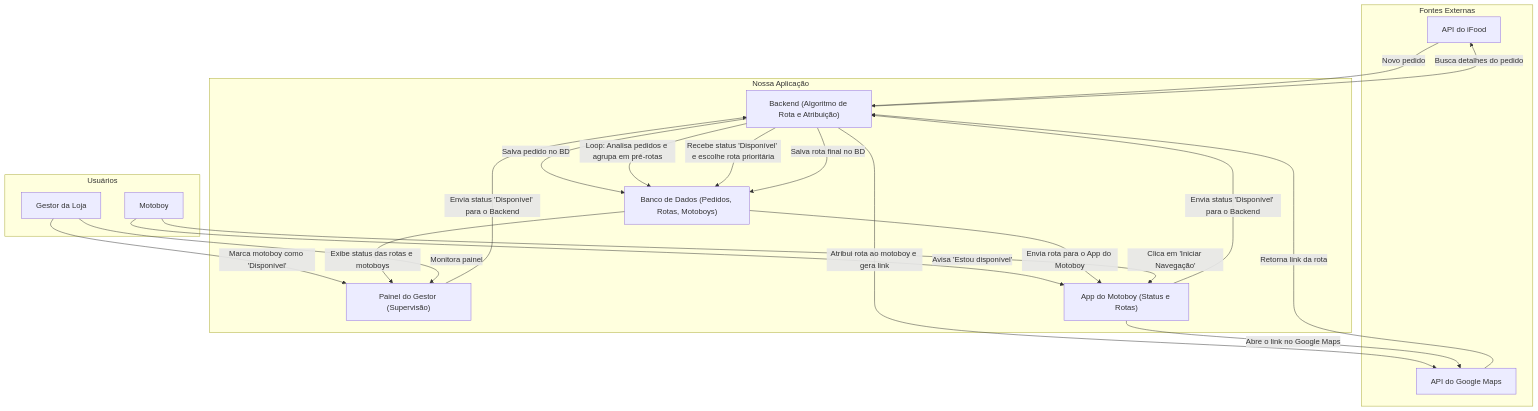
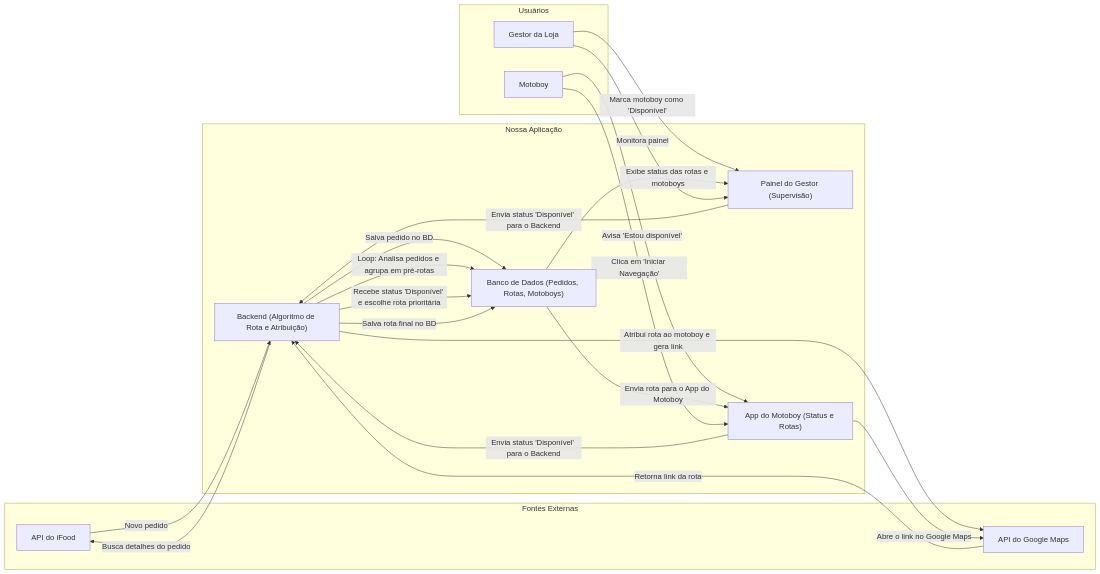
Before and after one commit to IanMouraF/MotoRotas: the diagram in diagrama_arquitetura.md, drawn with Mermaid.

````diff
--- a/diagrama_arquitetura.md
+++ b/diagrama_arquitetura.md
@@ -4,47 +4,34 @@
 ```mermaid
-graph TD
-    subgraph "Fontes Externas"
+flowchart LR
+ subgraph subGraph0["Fontes Externas"]
         iFood_API["API do iFood"]
         Google_Maps_API["API do Google Maps"]
-    end
-
-    subgraph "Nossa Aplicação"
+  end
+ subgraph subGraph1["Nossa Aplicação"]
         Backend["Backend (Algoritmo de Rota e Atribuição)"]
         Database["Banco de Dados (Pedidos, Rotas, Motoboys)"]
         Backoffice["Painel do Gestor (Supervisão)"]
         AppMotoboy["App do Motoboy (Status e Rotas)"]
-    end
-
-    subgraph "Usuários"
+  end
+ subgraph s1["Usuários"]
         Gestor["Gestor da Loja"]
         Motoboy["Motoboy"]
-    end
-
-    %% Fluxo de Pedidos e Agrupamento Automático
-    iFood_API -- "Novo pedido" --> Backend
-    Backend -- "Busca detalhes do pedido" --> iFood_API
-    Backend -- "Salva pedido no BD" --> Database
+  end
+    iFood_API -- Novo pedido --> Backend
+    Backend -- Busca detalhes do pedido --> iFood_API
+    Backend -- Salva pedido no BD --> Database
     Backend -- "Loop: Analisa pedidos e agrupa em pré-rotas" --> Database
-
-    %% Fluxo de Atribuição de Rota (Disparo)
-    Motoboy -- "Avisa 'Estou disponível'" --> AppMotoboy
-    AppMotoboy -- "Envia status 'Disponível' para o Backend" --> Backend
-    
-    Gestor -- "Marca motoboy como 'Disponível'" --> Backoffice
-    Backoffice -- "Envia status 'Disponível' para o Backend" --> Backend
-
-    %% Lógica de Atribuição
-    Backend -- "Recebe status 'Disponível' e escolhe rota prioritária" --> Database
-    Backend -- "Atribui rota ao motoboy e gera link" --> Google_Maps_API
-    Google_Maps_API -- "Retorna link da rota" --> Backend
-    Backend -- "Salva rota final no BD" --> Database
-    
-    %% Fluxo do Motoboy com a Rota
-    Database -- "Envia rota para o App do Motoboy" --> AppMotoboy
-    Motoboy -- "Clica em 'Iniciar Navegação'" --> AppMotoboy
-    AppMotoboy -- "Abre o link no Google Maps" --> Google_Maps_API
-
-    %% Fluxo de Supervisão
-    Database -- "Exibe status das rotas e motoboys" --> Backoffice
-    Gestor -- "Monitora painel" --> Backoffice
+    Motoboy -- Avisa 'Estou disponível' --> AppMotoboy
+    AppMotoboy -- Envia status 'Disponível' para o Backend --> Backend
+    Gestor -- Marca motoboy como 'Disponível' --> Backoffice
+    Backoffice -- Envia status 'Disponível' para o Backend --> Backend
+    Backend -- Recebe status 'Disponível' e escolhe rota prioritária --> Database
+    Backend -- Atribui rota ao motoboy e gera link --> Google_Maps_API
+    Google_Maps_API -- Retorna link da rota --> Backend
+    Backend -- Salva rota final no BD --> Database
+    Database -- Envia rota para o App do Motoboy --> AppMotoboy
+    Motoboy -- Clica em 'Iniciar Navegação' --> AppMotoboy
+    AppMotoboy -- Abre o link no Google Maps --> Google_Maps_API
+    Database -- Exibe status das rotas e motoboys --> Backoffice
+    Gestor -- Monitora painel --> Backoffice
 ```
````
